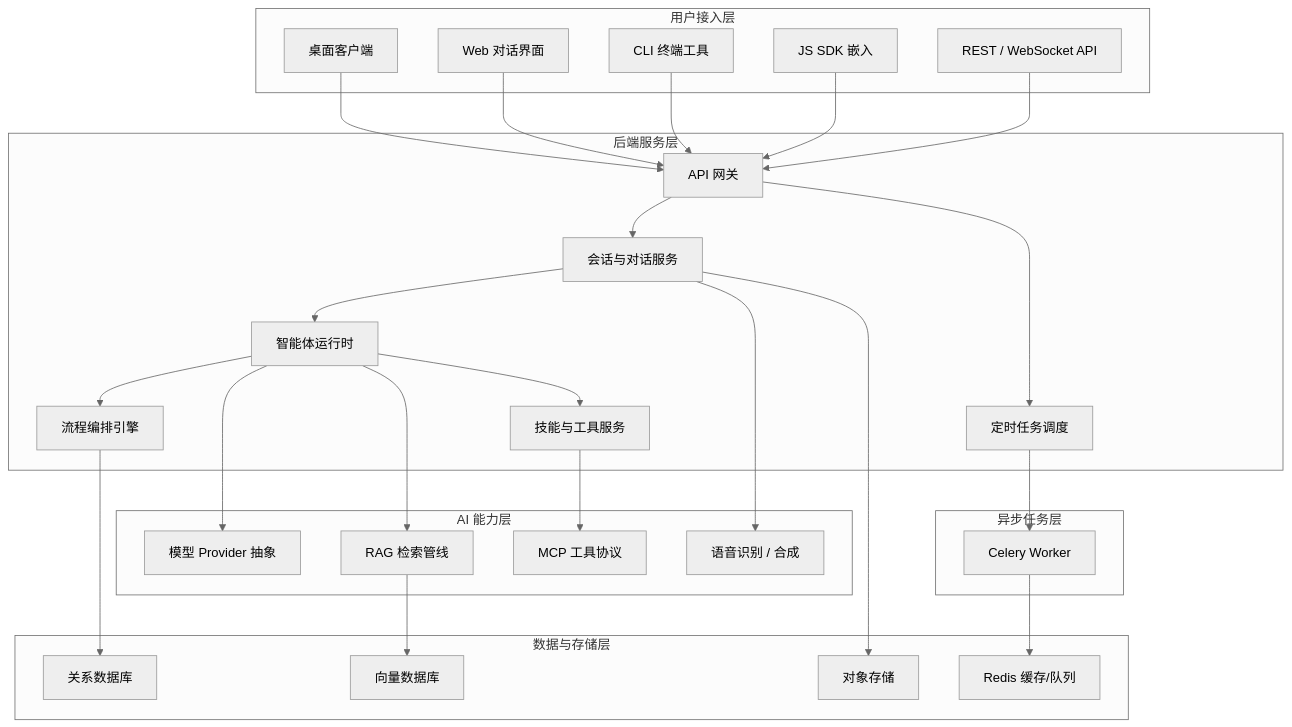
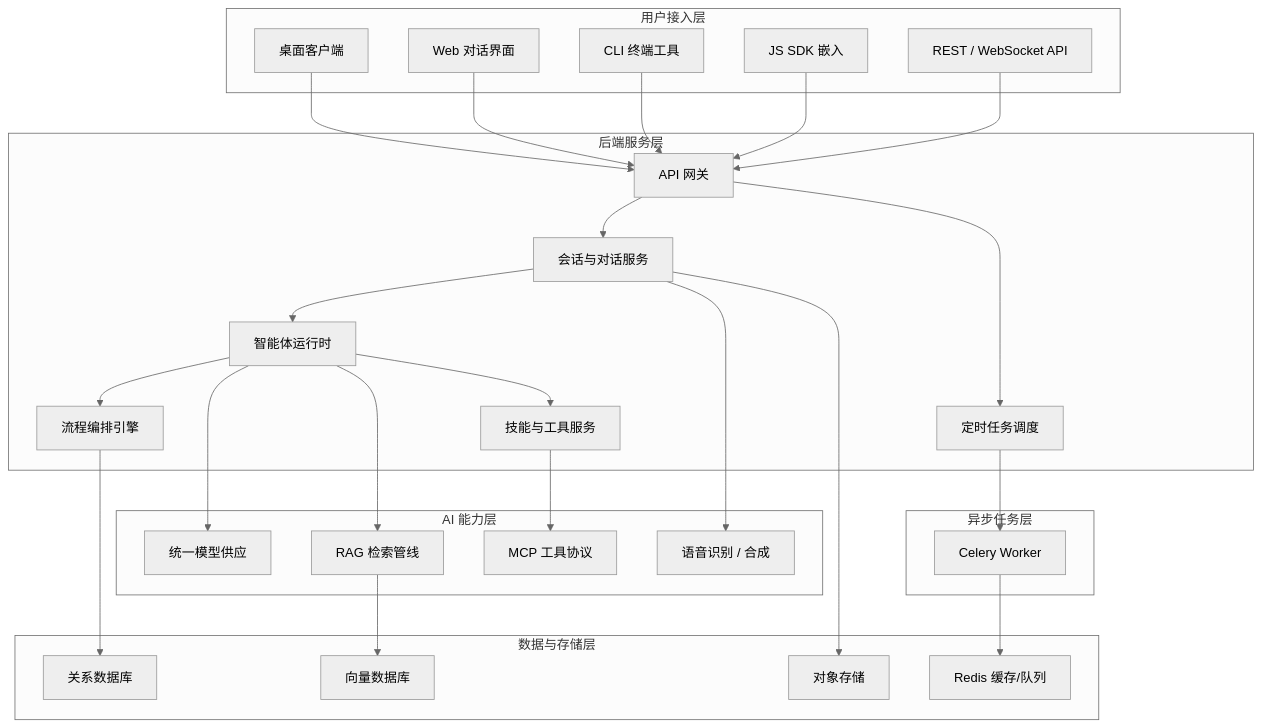
One commit to snz1dp/taiyiflow changed the first of 4 diagrams in src/overview/architecture-overview.md. Above: the diagram before and after it, drawn with Mermaid (neutral theme). The commit also changed other lines of this file, not shown here.

````diff
--- a/src/overview/architecture-overview.md
+++ b/src/overview/architecture-overview.md
@@ -13,53 +13,53 @@
 ```mermaid
 graph TB
     subgraph 用户接入层
         A["桌面客户端"]
         B["Web 对话界面"]
         C["CLI 终端工具"]
         D["JS SDK 嵌入"]
         E["REST / WebSocket API"]
     end
 
     subgraph 后端服务层
         F["API 网关"]
         G["会话与对话服务"]
         H["智能体运行时"]
         I["流程编排引擎"]
         J["技能与工具服务"]
         K["定时任务调度"]
     end
 
     subgraph AI 能力层
-        L["模型 Provider 抽象"]
+        L["统一模型供应"]
         M["RAG 检索管线"]
         N["MCP 工具协议"]
         O["语音识别 / 合成"]
     end
 
     subgraph 数据与存储层
         P["关系数据库"]
         Q["向量数据库"]
         R["对象存储"]
         S["Redis 缓存/队列"]
     end
 
     subgraph 异步任务层
         T["Celery Worker"]
     end
 
     A & B & C & D & E --> F
     F --> G
     G --> H
     H --> I
     H --> J
     F --> K
     H --> L
     H --> M
     J --> N
     G --> O
     I --> P
     M --> Q
     G --> R
     T --> S
     K --> T
 ```
````
